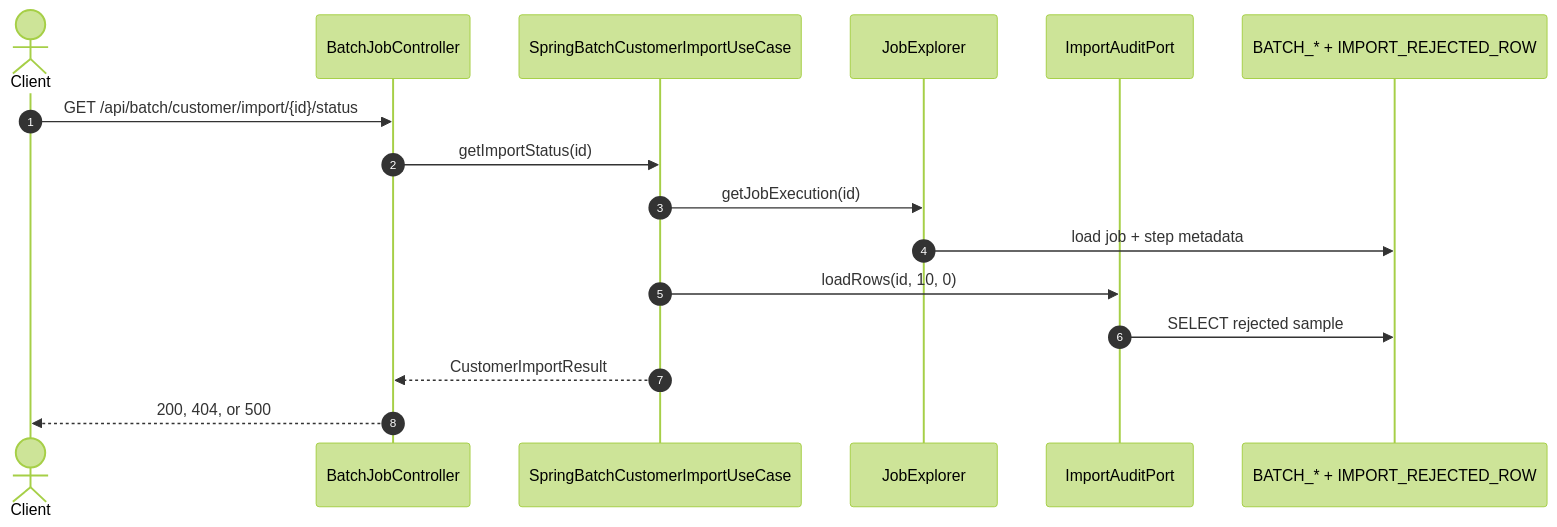
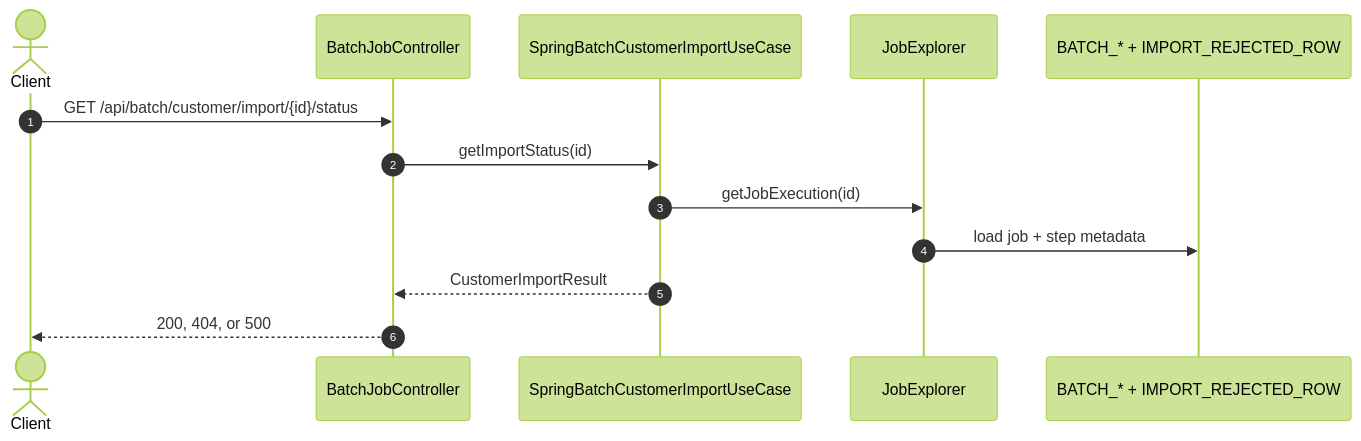
Before and after one commit to My-R360/spring-batch-demo: the sixth of 8 diagrams in slidev/deck-phase2.md, drawn with Mermaid (forest theme). The commit also changed other lines of this file and 31 other files, not shown here.

````diff
--- a/slidev/deck-phase2.md
+++ b/slidev/deck-phase2.md
@@ -214,19 +214,16 @@
 ```mermaid
 sequenceDiagram
 autonumber
 actor Client
 participant API as BatchJobController
 participant UC as SpringBatchCustomerImportUseCase
 participant Explorer as JobExplorer
-participant Audit as ImportAuditPort
 participant DB as BATCH_* + IMPORT_REJECTED_ROW
 
 Client->>API: GET /api/batch/customer/import/{id}/status
 API->>UC: getImportStatus(id)
 UC->>Explorer: getJobExecution(id)
 Explorer->>DB: load job + step metadata
-UC->>Audit: loadRows(id, 10, 0)
-Audit->>DB: SELECT rejected sample
 UC-->>API: CustomerImportResult
 API-->>Client: 200, 404, or 500
 ```
````
